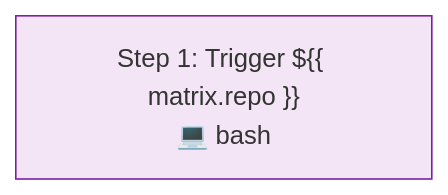
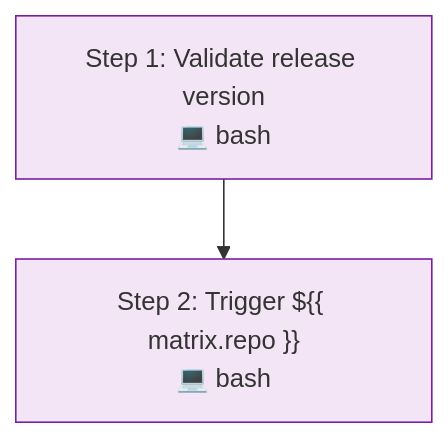
Before and after one commit to http4k/http4k: the second of 2 diagrams in .github/typeflows/new-release-upgrade-branches/README.md, drawn with Mermaid. The commit also changed 12 other files, not shown here.

````diff
--- a/.github/typeflows/new-release-upgrade-branches/README.md
+++ b/.github/typeflows/new-release-upgrade-branches/README.md
@@ -22,6 +22,9 @@
 ```mermaid
 %%{init: {"flowchart": {"curve": "basis"}}}%%
 flowchart TD
-    step1["Step 1: Trigger ${{ matrix.repo }}<br/>💻 bash"]
+    step1["Step 1: Validate release version<br/>💻 bash"]
     style step1 fill:#f3e5f5,stroke:#7b1fa2
+    step2["Step 2: Trigger ${{ matrix.repo }}<br/>💻 bash"]
+    style step2 fill:#f3e5f5,stroke:#7b1fa2
+    step1 --> step2
 ```
````
